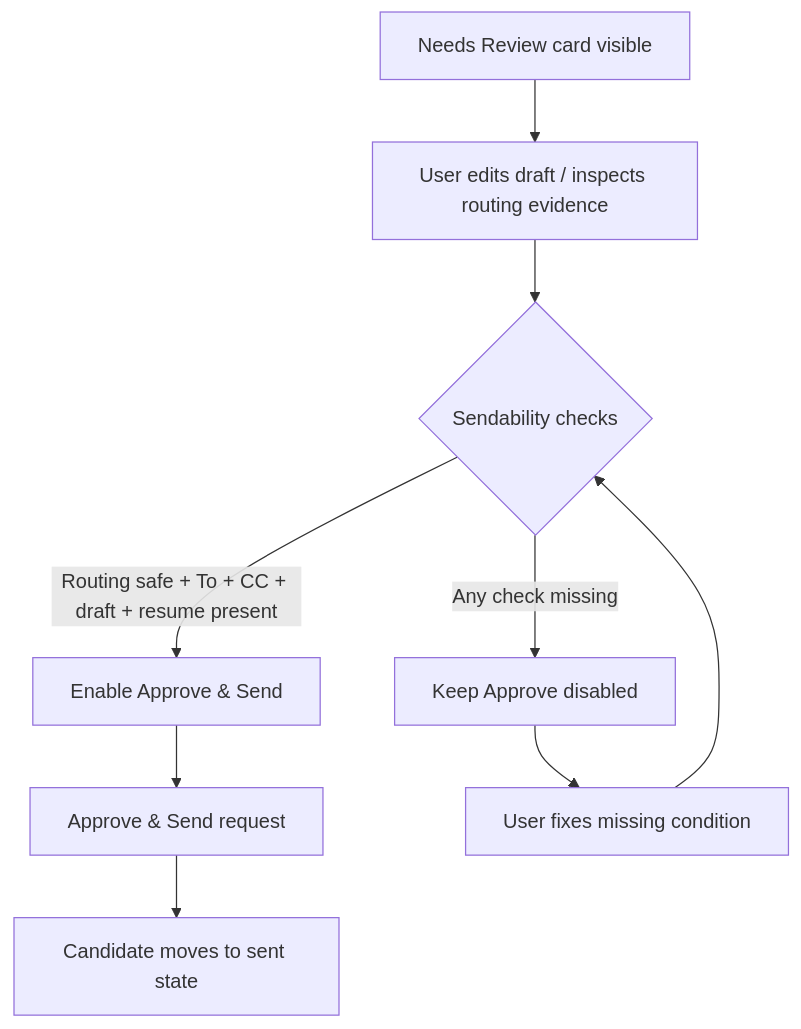
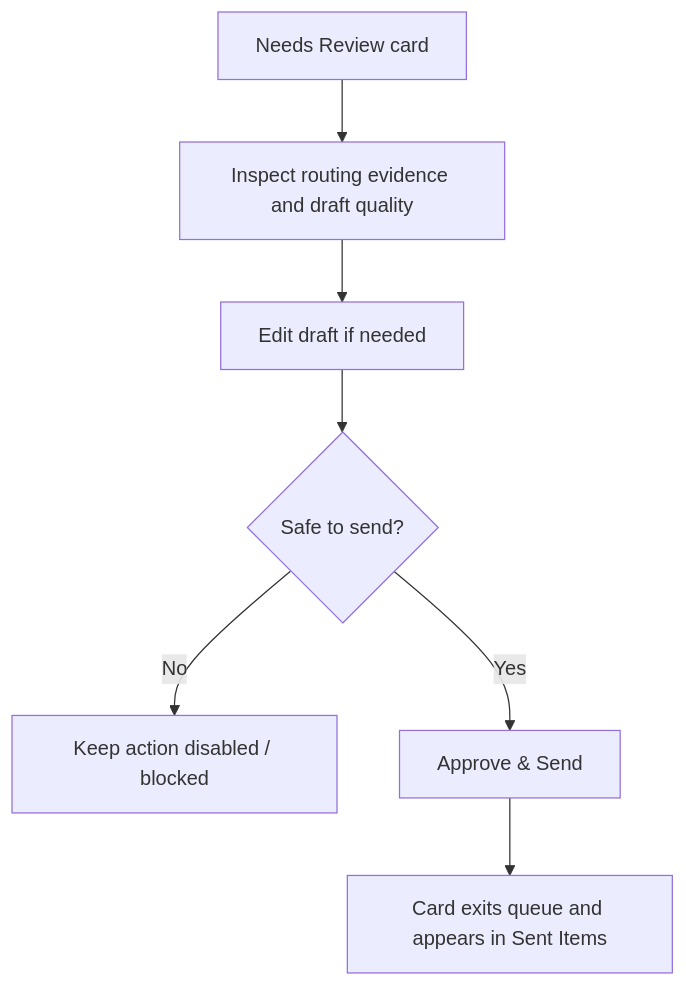
Before and after one commit to chaitanyadheeraj98/CODEJOB: the diagram in docs/design.md, drawn with Mermaid. The commit also changed other lines of this file and 8 other files, not shown here.

````diff
--- a/docs/design.md
+++ b/docs/design.md
@@ -37,11 +56,9 @@
 ```mermaid
 flowchart TD
-    A[Needs Review card visible] --> B[User edits draft / inspects routing evidence]
-    B --> C{Sendability checks}
-    C -->|Routing safe + To + CC + draft + resume present| D[Enable Approve & Send]
-    C -->|Any check missing| E[Keep Approve disabled]
-    D --> F[Approve & Send request]
-    E --> G[User fixes missing condition]
-    G --> C
-    F --> H[Candidate moves to sent state]
+    A[Needs Review card] --> B[Inspect routing evidence and draft quality]
+    B --> C[Edit draft if needed]
+    C --> D{Safe to send?}
+    D -->|No| E[Keep action disabled / blocked]
+    D -->|Yes| F[Approve & Send]
+    F --> G[Card exits queue and appears in Sent Items]
 ```
````
